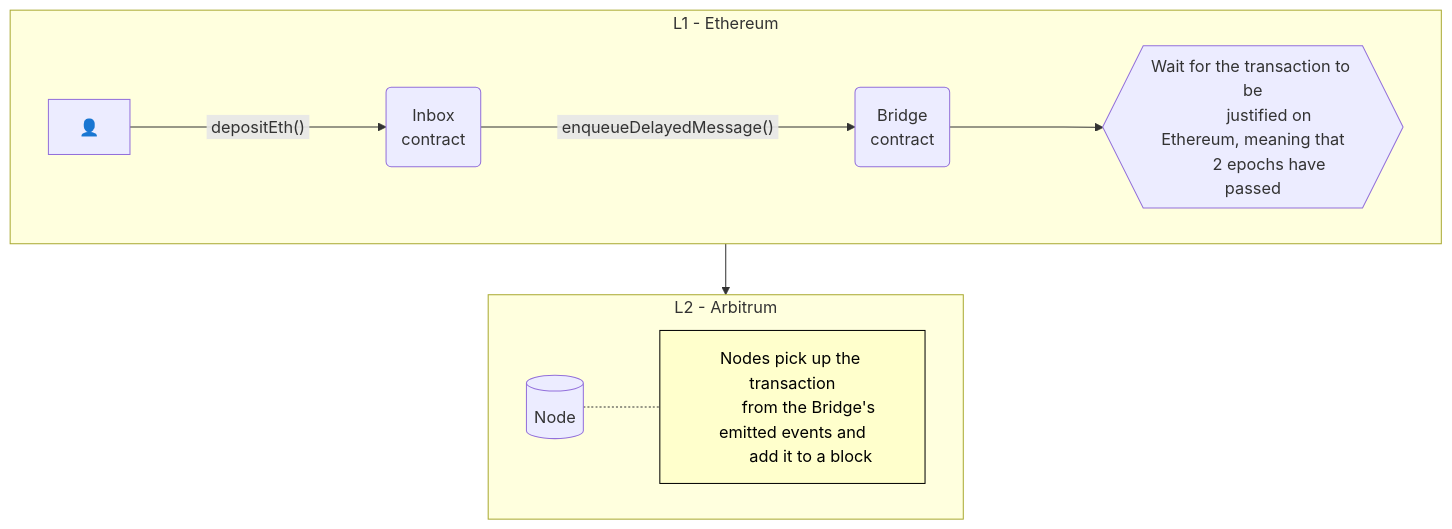
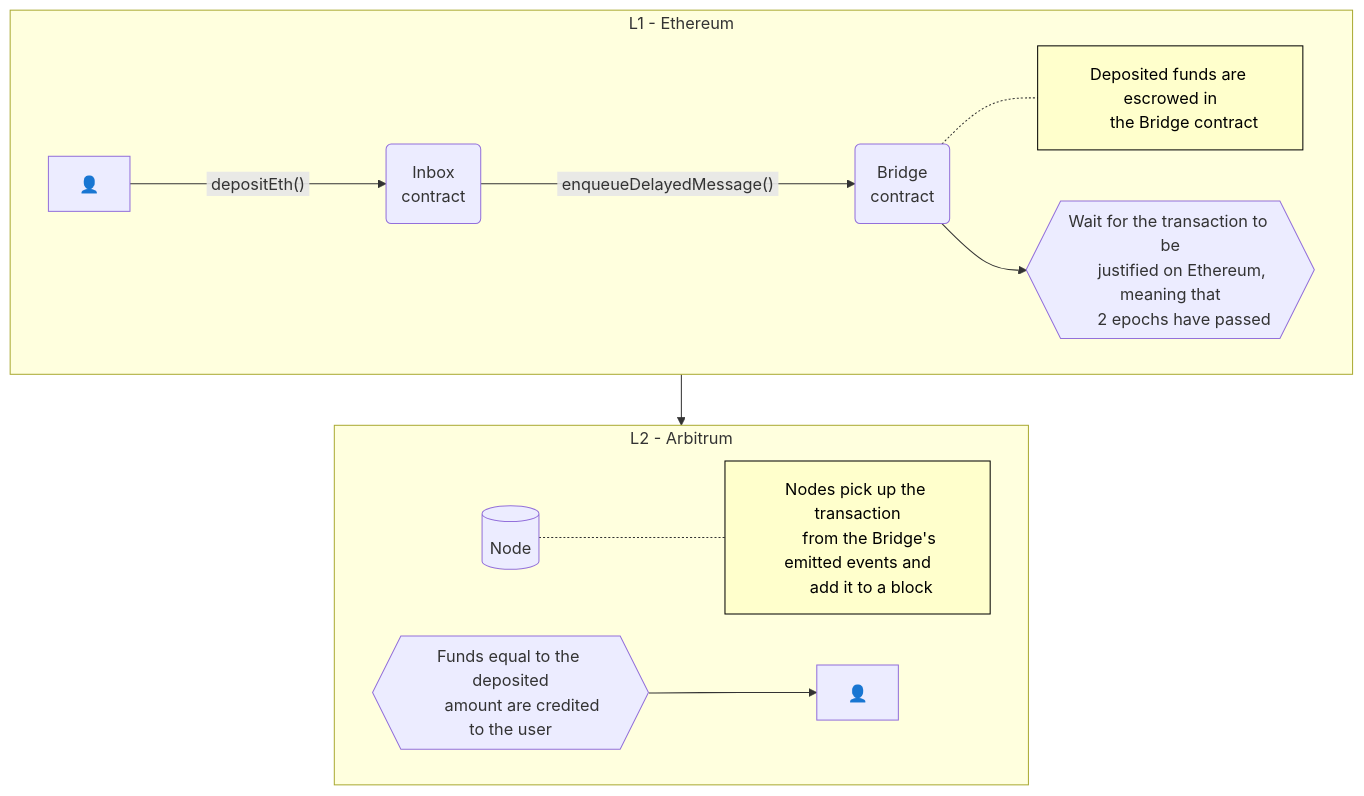
One commit to OffchainLabs/arbitrum-docs changed the diagram in arbitrum-docs/diagrams/_deposit-eth.mdx. Above: the diagram before and after it, drawn with Mermaid.

Commit message:
Add clarity on the escrowed and credited funds

````diff
--- a/arbitrum-docs/diagrams/_deposit-eth.mdx
+++ b/arbitrum-docs/diagrams/_deposit-eth.mdx
@@ -1,35 +1,46 @@
 ```mermaid
 flowchart TB
+  subgraph L1 ["L1 - Ethereum"]
+    %% Nodes
+    USERL1["#128100;"]
+    INBOX("Inbox\ncontract")
+    BRIDGE("Bridge\ncontract")
+    WAIT{{"
+      Wait for the transaction to be
+      justified on Ethereum, meaning that
+      2 epochs have passed
+    "}}
+    ESCROWNOTE["
+      Deposited funds are escrowed in
+      the Bridge contract
+    "]:::noteBox
+
+    %% Links
+    USERL1 --->|"&nbsp;depositEth()&nbsp;"| INBOX
+    INBOX --->|"&nbsp;enqueueDelayedMessage()&nbsp;"| BRIDGE
+    BRIDGE -.- ESCROWNOTE
+    BRIDGE --> WAIT
+  end
+  L1 --> L2
   subgraph L2 ["L2 - Arbitrum"]
     %% Nodes
     NODE[(Node)]
     NODENOTE["
-        Nodes pick up the transaction
-        from the Bridge's emitted events and
-        add it to a block
+      Nodes pick up the transaction
+      from the Bridge's emitted events and
+      add it to a block
     "]:::noteBox
+    CREDITUSER{{"
+      Funds equal to the deposited
+      amount are credited to the user
+    "}}
+    USERL2["#128100;"]
 
     %% Links
     NODE -.- NODENOTE
-  end
-  L1 --> L2
-  subgraph L1 ["L1 - Ethereum"]
-    %% Nodes
-    USER["#128100;"]
-    INBOX("Inbox\ncontract")
-    BRIDGE("Bridge\ncontract")
-    WAIT{{"
-        Wait for the transaction to be
-        justified on Ethereum, meaning that
-        2 epochs have passed
-    "}}
-
-    %% Links
-    USER --->|"&nbsp;depositEth()&nbsp;"| INBOX
-    INBOX --->|"&nbsp;enqueueDelayedMessage()&nbsp;"| BRIDGE
-    BRIDGE ---> WAIT
+    CREDITUSER --> USERL2
   end
 
 %% Styling
 classDef noteBox fill:#ffffcc,stroke:#000000,color:#000000
 ```
````
